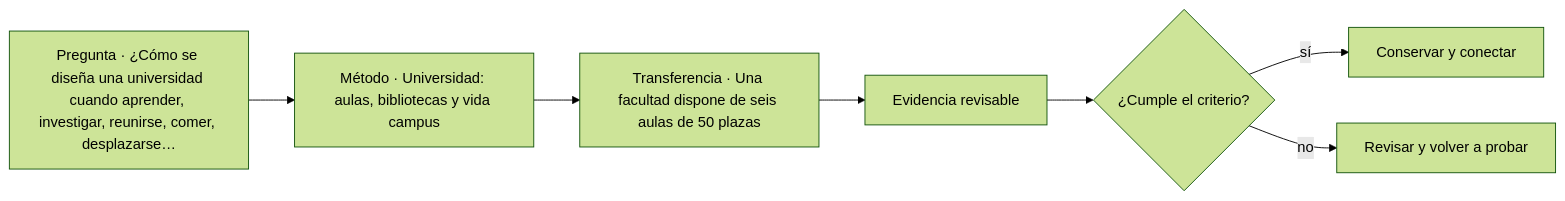
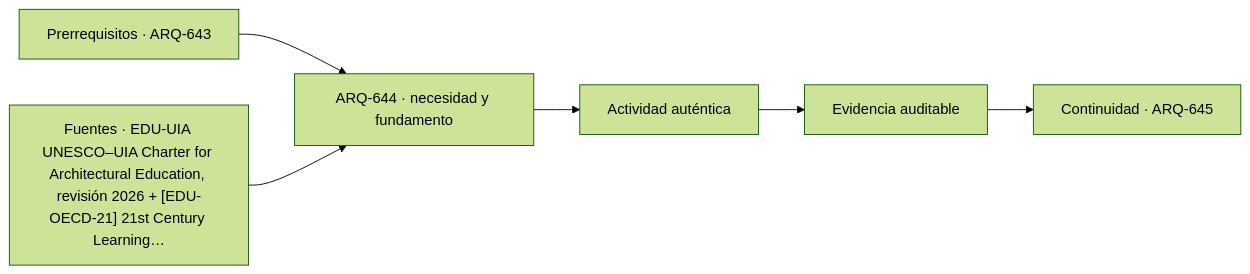
One commit to vladimiracunadev-create/architecture-built-environment-learning-program changed the diagram in classes/parte-65/ARQ-644.md. Above: the diagram before and after it, drawn with Mermaid (forest theme). The commit also changed other lines of this file and 761 other files, not shown here.

````diff
--- a/classes/parte-65/ARQ-644.md
+++ b/classes/parte-65/ARQ-644.md
@@ -66,9 +78,8 @@
 ```mermaid
 flowchart LR
-    Q["Pregunta · ¿Cómo se diseña una universidad cuando aprender, investigar, reunirse, comer, desplazarse…"] --> M["Método · Universidad: aulas, bibliotecas y vida campus"]
-    M --> P["Transferencia · Una facultad dispone de seis aulas de 50 plazas"]
-    P --> E["Evidencia revisable"]
-    E --> C{"¿Cumple el criterio?"}
-    C -->|sí| T["Conservar y conectar"]
-    C -->|no| R["Revisar y volver a probar"]
+    A["Prerrequisitos · ARQ-643"] --> B["ARQ-644 · necesidad y fundamento"]
+    S["Fuentes · EDU-UIA UNESCO–UIA Charter for Architectural Education, revisión 2026 + [EDU-OECD-21] 21st Century Learning…"] --> B
+    B --> C["Actividad auténtica"]
+    C --> D["Evidencia auditable"]
+    D --> E["Continuidad · ARQ-645"]
 ```
````
